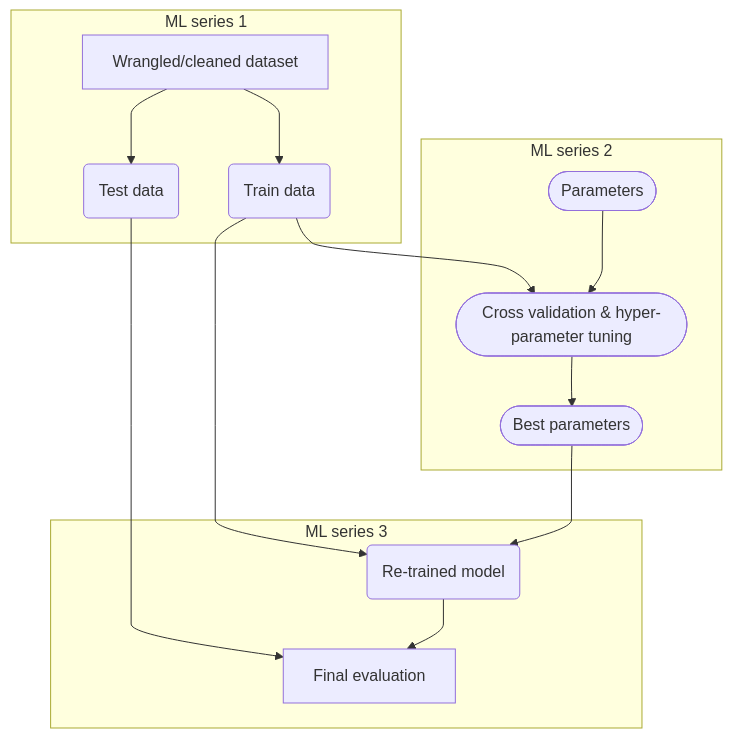
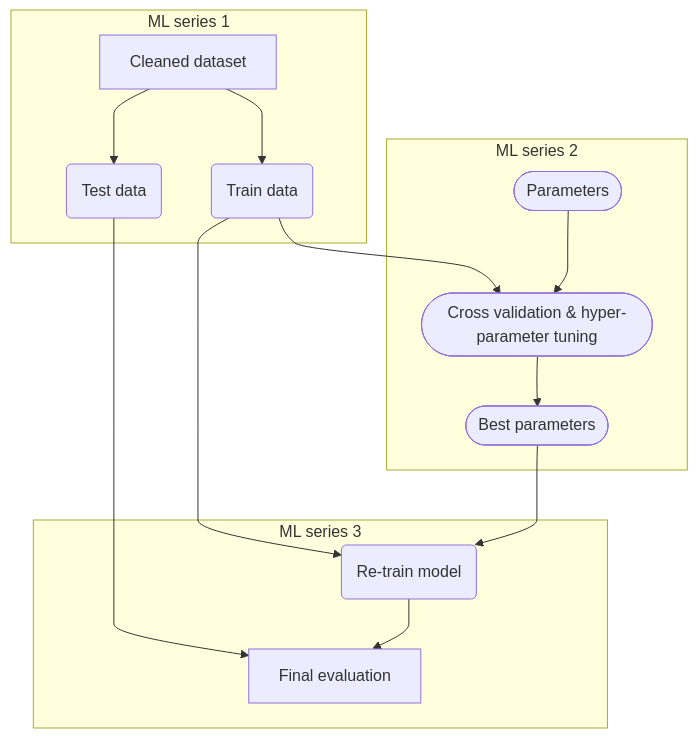
The diagram in posts/10_ML2_Small_molecules_in_ChEMBL_database/ML2_chembl_cpds.qmd (jhylin/Data_in_life_blog), drawn with Mermaid before and after one commit. The commit also changed other lines of this file and 5 other files, not shown here.

Commit message:
Added flow chart to ML series 2

````diff
--- a/posts/10_ML2_Small_molecules_in_ChEMBL_database/ML2_chembl_cpds.qmd
+++ b/posts/10_ML2_Small_molecules_in_ChEMBL_database/ML2_chembl_cpds.qmd
@@ -36,19 +36,19 @@
 ```{mermaid}
 %%{ init: { 'flowchart': { 'curve': 'monotoneY' } } }%%
 flowchart TB
   subgraph ML series 1
-  A[Wrangled/cleaned dataset] --> B(Train data)
+  A[Cleaned dataset] --> B(Train data)
   A --> C(Test data)
   end
   subgraph ML series 3
-  B --> D(Re-trained model)
+  B --> D(Re-train model)
   C --> E[Final evaluation]
   D --> E
   end
   subgraph ML series 2
   B --> G([Cross validation & hyper-parameter tuning])
   G --> H([Best parameters])
   F([Parameters]) --> G
   H --> D
   end
 ```
````
